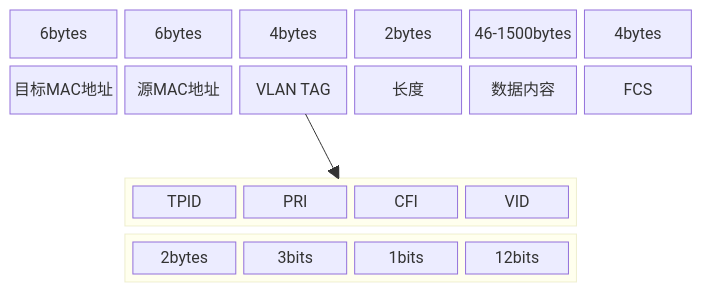
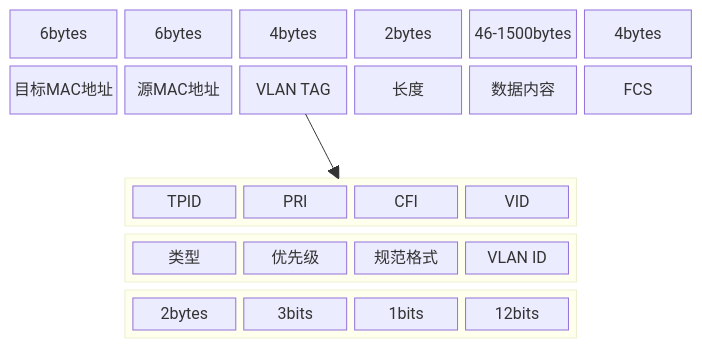
The fifth of 6 diagrams in lib/底层网络知识之从二层到三层/Network Topology.md (kyriejoshua/network-protocol-notes), drawn with Mermaid before and after one commit. The commit also changed other lines of this file and 1 other file, not shown here.

````diff
--- a/lib/底层网络知识之从二层到三层/Network Topology.md
+++ b/lib/底层网络知识之从二层到三层/Network Topology.md
@@ -96,18 +134,23 @@
 ```mermaid
 block-beta
   columns 6
   aa["6bytes"]:1 bb["6bytes"]:1 cc["4bytes"]:1 cd["2bytes"]:1 dd["46-1500bytes"] ee["4bytes"]
   a1["目标MAC地址"]:1 b1["源MAC地址"]:1 f1["VLAN TAG"]:1 c1["长度"]:1 d1["数据内容"] e1["FCS"]
   space:6
   space:1
   block:vlan:4
     va["TPID"]:1 vb["PRI"]:1 vc["CFI"]:1 vv["VID"]:1
   end
   space:1
   space:1
+  block:vlantype:4
+    j1["类型"] k1["优先级"] l1["规范格式"] m1["VLAN ID"]
+  end
+  space:1
+  space:1
   block:vlandata:4
     j["2bytes"] k["3bits"] l["1bits"] m["12bits"]
   end
   
   f1 --> vlan
 ```
````
